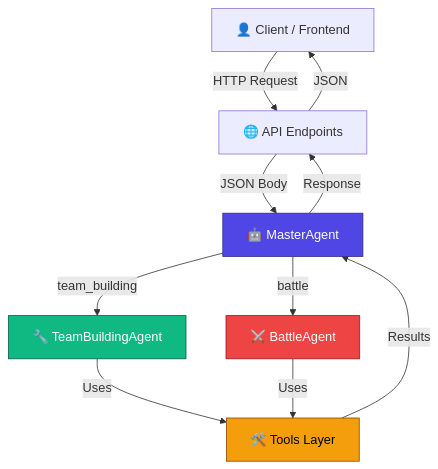
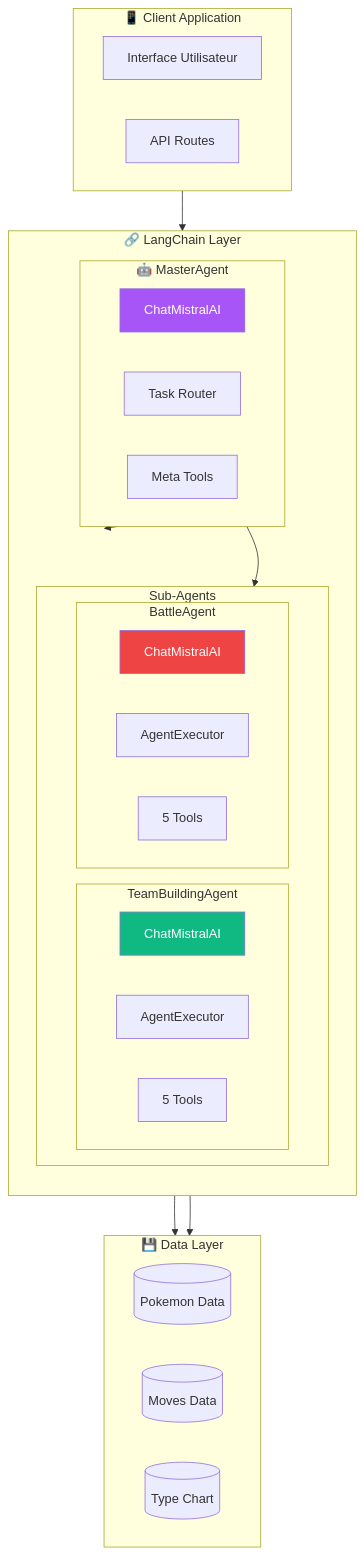
One commit to Thibault-megard1/pokedex-ai-v2 changed the first of 3 diagrams in docs/vrai_docs/ok.md. Above: the diagram before and after it, drawn with Mermaid. The commit also changed other lines of this file and 13 other files, not shown here.

First line of the commit message:
feat: add TeamBuildingAgent and battle tools for Pokémon team analysis and combat decisions

````diff
--- a/docs/vrai_docs/ok.md
+++ b/docs/vrai_docs/ok.md
@@ -19,24 +18,49 @@
 ```mermaid
 flowchart TB
-    Client[👤 Client / Frontend]
-    API[🌐 API Endpoints]
-    Master[🤖 MasterAgent]
-    TB[🔧 TeamBuildingAgent]
-    BA[⚔️ BattleAgent]
-    Tools[🛠️ Tools Layer]
+    subgraph Client["📱 Client Application"]
+        UI[Interface Utilisateur]
+        API[API Routes]
+    end
     
-    Client -->|HTTP Request| API
-    API -->|JSON Body| Master
-    Master -->|team_building| TB
-    Master -->|battle| BA
-    TB -->|Uses| Tools
-    BA -->|Uses| Tools
-    Tools -->|Results| Master
-    Master -->|Response| API
-    API -->|JSON| Client
+    subgraph LangChainLayer["🔗 LangChain Layer"]
+        direction TB
+        
+        subgraph Master["🤖 MasterAgent"]
+            M_LLM[ChatMistralAI]
+            M_Router[Task Router]
+            M_Tools[Meta Tools]
+        end
+        
+        subgraph SubAgents["Sub-Agents"]
+            direction LR
+            
+            subgraph TBA["TeamBuildingAgent"]
+                TBA_LLM[ChatMistralAI]
+                TBA_Exec[AgentExecutor]
+                TBA_Tools[5 Tools]
+            end
+            
+            subgraph BA["BattleAgent"]
+                BA_LLM[ChatMistralAI]
+                BA_Exec[AgentExecutor]
+                BA_Tools[5 Tools]
+            end
+        end
+    end
     
-    style Master fill:#4F46E5,stroke:#312E81,color:#fff
-    style TB fill:#10B981,stroke:#065F46,color:#fff
-    style BA fill:#EF4444,stroke:#991B1B,color:#fff
-    style Tools fill:#F59E0B,stroke:#92400E,color:#000
+    subgraph DataLayer["💾 Data Layer"]
+        Pokemon[(Pokemon Data)]
+        Moves[(Moves Data)]
+        Types[(Type Chart)]
+    end
+    
+    Client --> LangChainLayer
+    Master --> TBA
+    Master --> BA
+    TBA_Tools --> DataLayer
+    BA_Tools --> DataLayer
+    
+    style M_LLM fill:#A855F7,color:#fff
+    style TBA_LLM fill:#10B981,color:#fff
+    style BA_LLM fill:#EF4444,color:#fff
 ```
````
